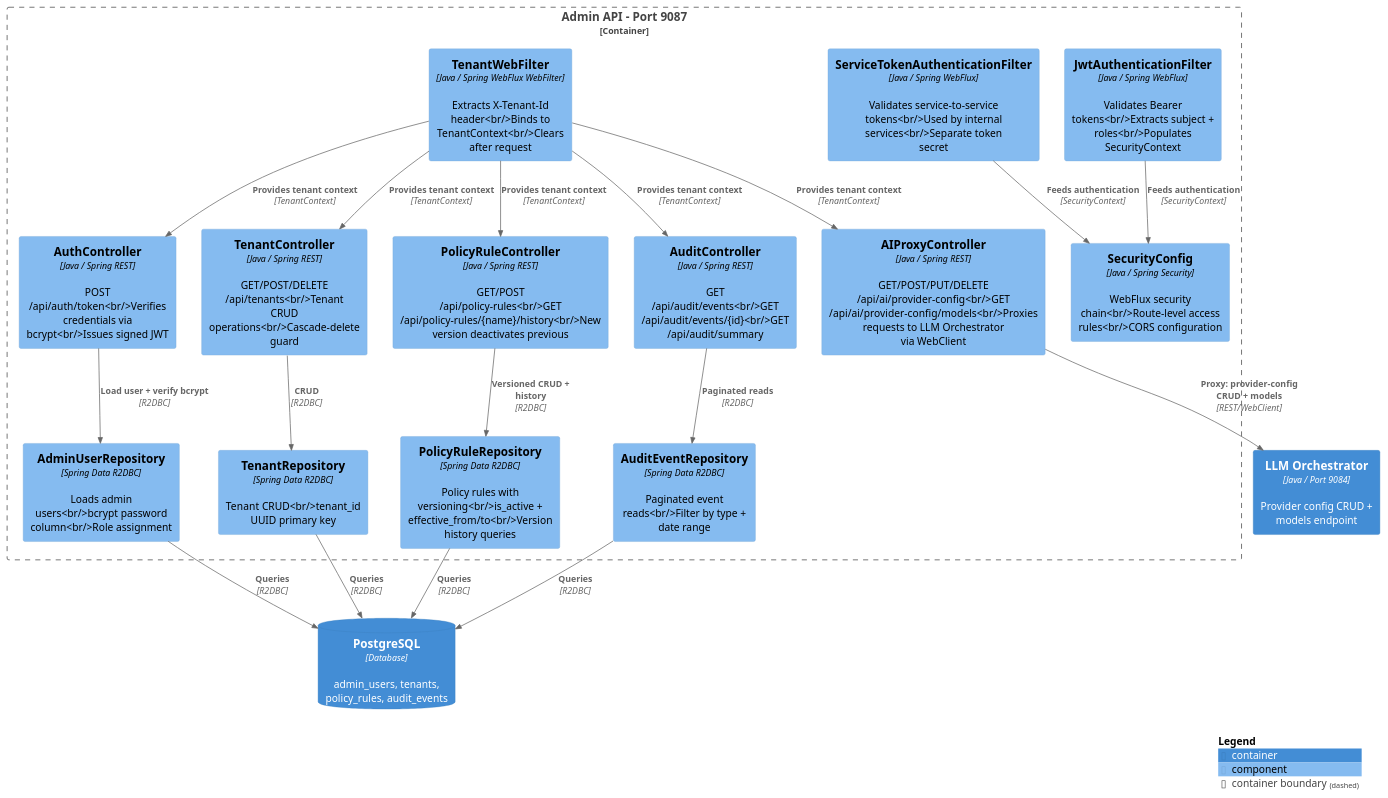
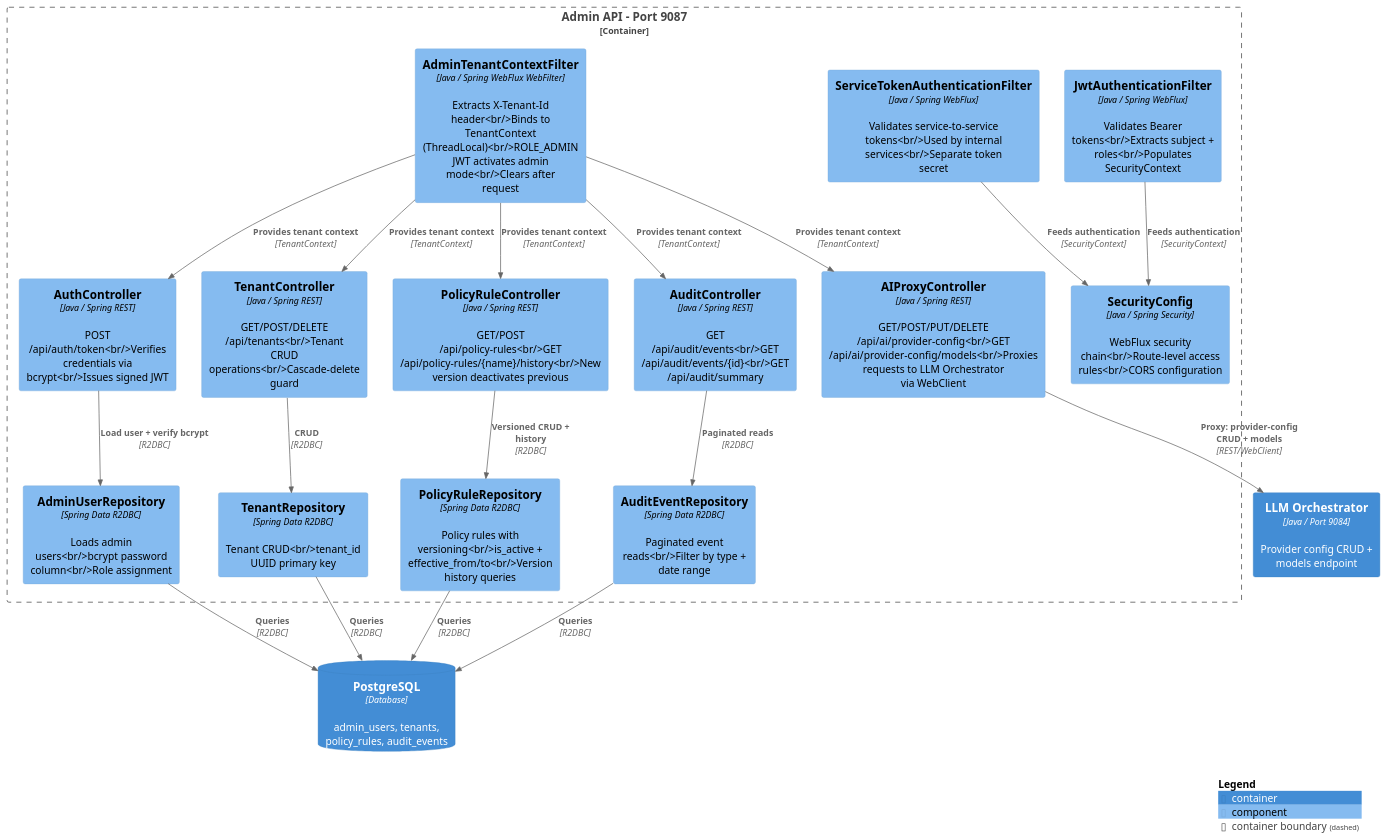
The diagram in documentation/diagrams/c3-admin-api.puml (theyellow/ecip), drawn with PlantUML before and after one commit. The commit also changed 4 other files, not shown here.

```diff
--- a/documentation/diagrams/c3-admin-api.puml
+++ b/documentation/diagrams/c3-admin-api.puml
@@ -1,66 +1,66 @@
 @startuml C3_Admin_API
 !include https://raw.githubusercontent.com/plantuml-stdlib/C4-PlantUML/master/C4_Component.puml
 
 ' Purpose: Component-level view of Admin API — auth, tenant, policy rule, audit controllers
 ' Used in: architecture-guide.adoc - Component Details section
 
 LAYOUT_WITH_LEGEND()
 
 Container_Boundary(admin_api, "Admin API - Port 9087") {
 
     ' Security Layer
     Component(jwt_filter, "JwtAuthenticationFilter", "Java / Spring WebFlux", "Validates Bearer tokens<br/>Extracts subject + roles<br/>Populates SecurityContext")
 
     Component(svc_token_filter, "ServiceTokenAuthenticationFilter", "Java / Spring WebFlux", "Validates service-to-service tokens<br/>Used by internal services<br/>Separate token secret")
 
     Component(security_config, "SecurityConfig", "Java / Spring Security", "WebFlux security chain<br/>Route-level access rules<br/>CORS configuration")
 
-    Component(tenant_filter, "TenantWebFilter", "Java / Spring WebFlux WebFilter", "Extracts X-Tenant-Id header<br/>Binds to TenantContext<br/>Clears after request")
+    Component(tenant_filter, "AdminTenantContextFilter", "Java / Spring WebFlux WebFilter", "Extracts X-Tenant-Id header<br/>Binds to TenantContext (ThreadLocal)<br/>ROLE_ADMIN JWT activates admin mode<br/>Clears after request")
 
     ' Controllers
     Component(auth_ctrl, "AuthController", "Java / Spring REST", "POST /api/auth/token<br/>Verifies credentials via bcrypt<br/>Issues signed JWT")
 
     Component(tenant_ctrl, "TenantController", "Java / Spring REST", "GET/POST/DELETE /api/tenants<br/>Tenant CRUD operations<br/>Cascade-delete guard")
 
     Component(policy_ctrl, "PolicyRuleController", "Java / Spring REST", "GET/POST /api/policy-rules<br/>GET /api/policy-rules/{name}/history<br/>New version deactivates previous")
 
     Component(audit_ctrl, "AuditController", "Java / Spring REST", "GET /api/audit/events<br/>GET /api/audit/events/{id}<br/>GET /api/audit/summary")
 
     Component(ai_proxy_ctrl, "AIProxyController", "Java / Spring REST", "GET/POST/PUT/DELETE /api/ai/provider-config<br/>GET /api/ai/provider-config/models<br/>Proxies requests to LLM Orchestrator via WebClient")
 
     ' Repositories (R2DBC)
     Component(admin_user_repo, "AdminUserRepository", "Spring Data R2DBC", "Loads admin users<br/>bcrypt password column<br/>Role assignment")
 
     Component(tenant_repo, "TenantRepository", "Spring Data R2DBC", "Tenant CRUD<br/>tenant_id UUID primary key")
 
     Component(policy_repo, "PolicyRuleRepository", "Spring Data R2DBC", "Policy rules with versioning<br/>is_active + effective_from/to<br/>Version history queries")
 
     Component(audit_repo, "AuditEventRepository", "Spring Data R2DBC", "Paginated event reads<br/>Filter by type + date range")
 }
 
 ContainerDb(postgres, "PostgreSQL", "Database", "admin_users, tenants, policy_rules, audit_events")
 Container(llm_orchestrator, "LLM Orchestrator", "Java / Port 9084", "Provider config CRUD + models endpoint")
 
 ' Request path
 Rel(jwt_filter, security_config, "Feeds authentication", "SecurityContext")
 Rel(svc_token_filter, security_config, "Feeds authentication", "SecurityContext")
 Rel(tenant_filter, auth_ctrl, "Provides tenant context", "TenantContext")
 Rel(tenant_filter, tenant_ctrl, "Provides tenant context", "TenantContext")
 Rel(tenant_filter, policy_ctrl, "Provides tenant context", "TenantContext")
 Rel(tenant_filter, audit_ctrl, "Provides tenant context", "TenantContext")
 
 Rel(auth_ctrl, admin_user_repo, "Load user + verify bcrypt", "R2DBC")
 Rel(tenant_ctrl, tenant_repo, "CRUD", "R2DBC")
 Rel(policy_ctrl, policy_repo, "Versioned CRUD + history", "R2DBC")
 Rel(audit_ctrl, audit_repo, "Paginated reads", "R2DBC")
 
 Rel(admin_user_repo, postgres, "Queries", "R2DBC")
 Rel(tenant_repo, postgres, "Queries", "R2DBC")
 Rel(policy_repo, postgres, "Queries", "R2DBC")
 Rel(audit_repo, postgres, "Queries", "R2DBC")
 
 Rel(tenant_filter, ai_proxy_ctrl, "Provides tenant context", "TenantContext")
 Rel(ai_proxy_ctrl, llm_orchestrator, "Proxy: provider-config CRUD + models", "REST/WebClient")
 
 SHOW_LEGEND()
 @enduml
```
